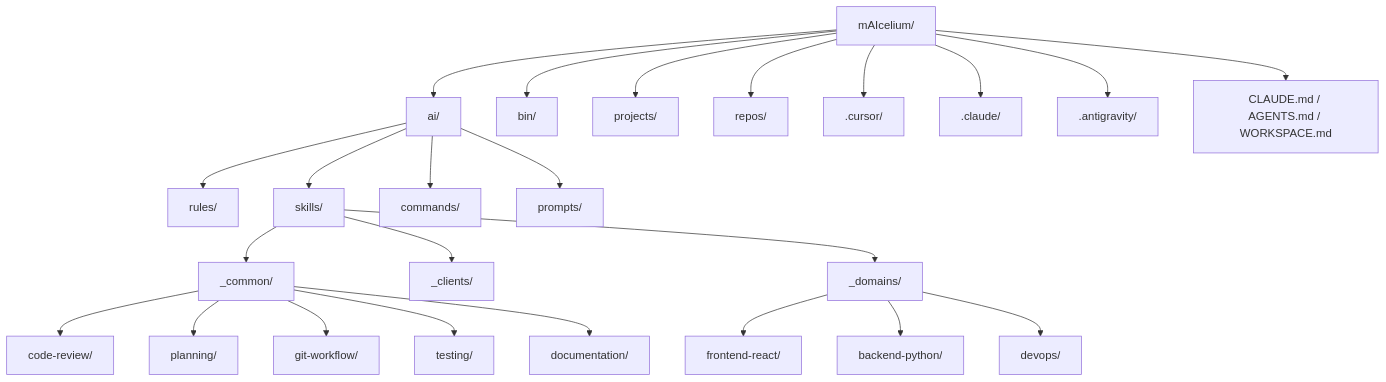
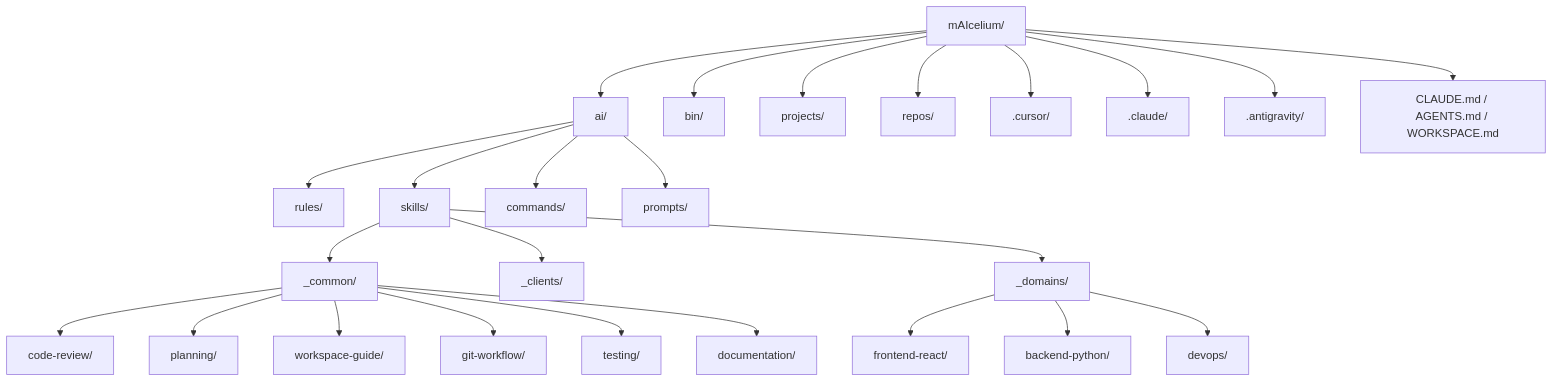
One commit to samartined/mAIcelium changed the first of 4 diagrams in docs/architecture.md. Above: the diagram before and after it, drawn with Mermaid. The commit also changed other lines of this file and 23 other files, not shown here.

````diff
--- a/docs/architecture.md
+++ b/docs/architecture.md
@@ -23,30 +23,31 @@
 ```mermaid
 graph TD
     Root["mAIcelium/"] --> AI["ai/"]
     Root --> Bin["bin/"]
     Root --> Projects["projects/"]
     Root --> Repos["repos/"]
     Root --> CursorDir[".cursor/"]
     Root --> ClaudeDir[".claude/"]
     Root --> AntigravityDir[".antigravity/"]
     Root --> ConfigFiles["CLAUDE.md / AGENTS.md / WORKSPACE.md"]
 
     AI --> Rules["rules/"]
     AI --> Skills["skills/"]
     AI --> Commands["commands/"]
     AI --> Prompts["prompts/"]
 
     Skills --> Common["_common/"]
     Skills --> Clients["_clients/"]
     Skills --> Domains["_domains/"]
 
     Common --> CodeReview["code-review/"]
     Common --> Planning["planning/"]
+    Common --> WorkspaceGuide["workspace-guide/"]
     Common --> GitWorkflow["git-workflow/"]
     Common --> Testing["testing/"]
     Common --> Documentation["documentation/"]
 
     Domains --> FrontendReact["frontend-react/"]
     Domains --> BackendPython["backend-python/"]
     Domains --> DevOps["devops/"]
 ```
````
